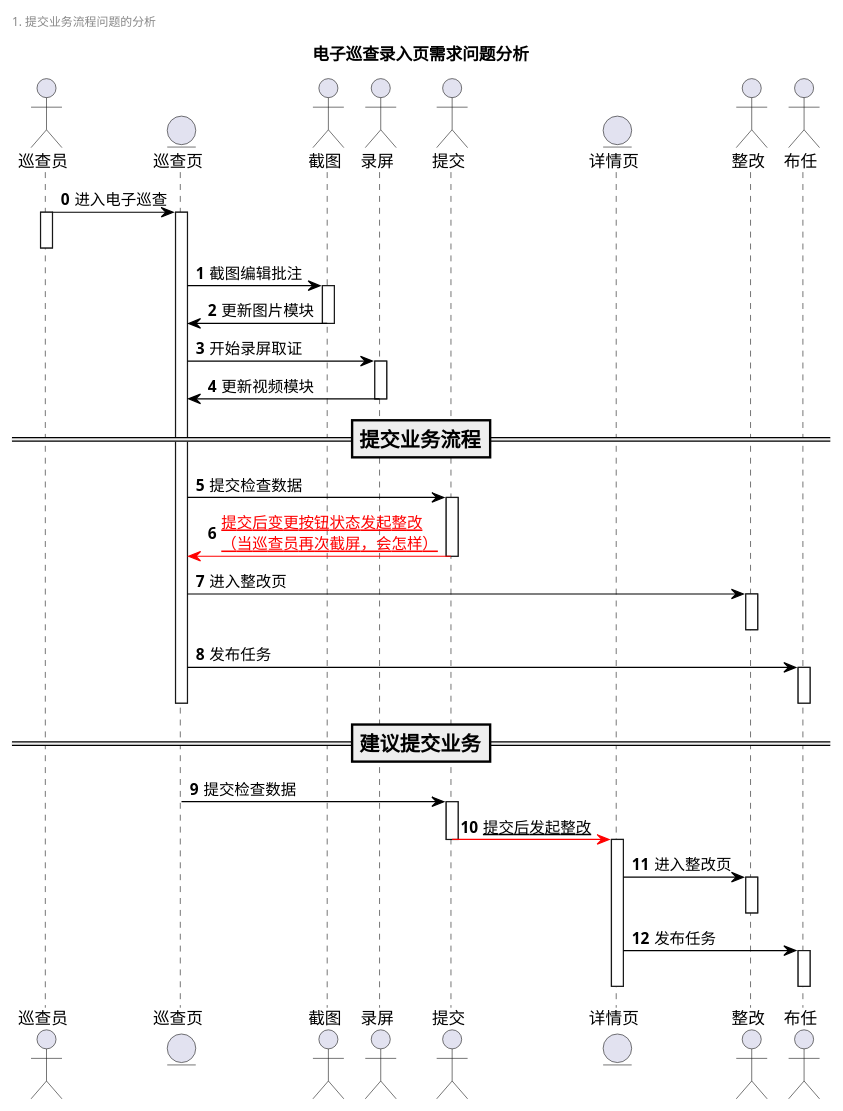
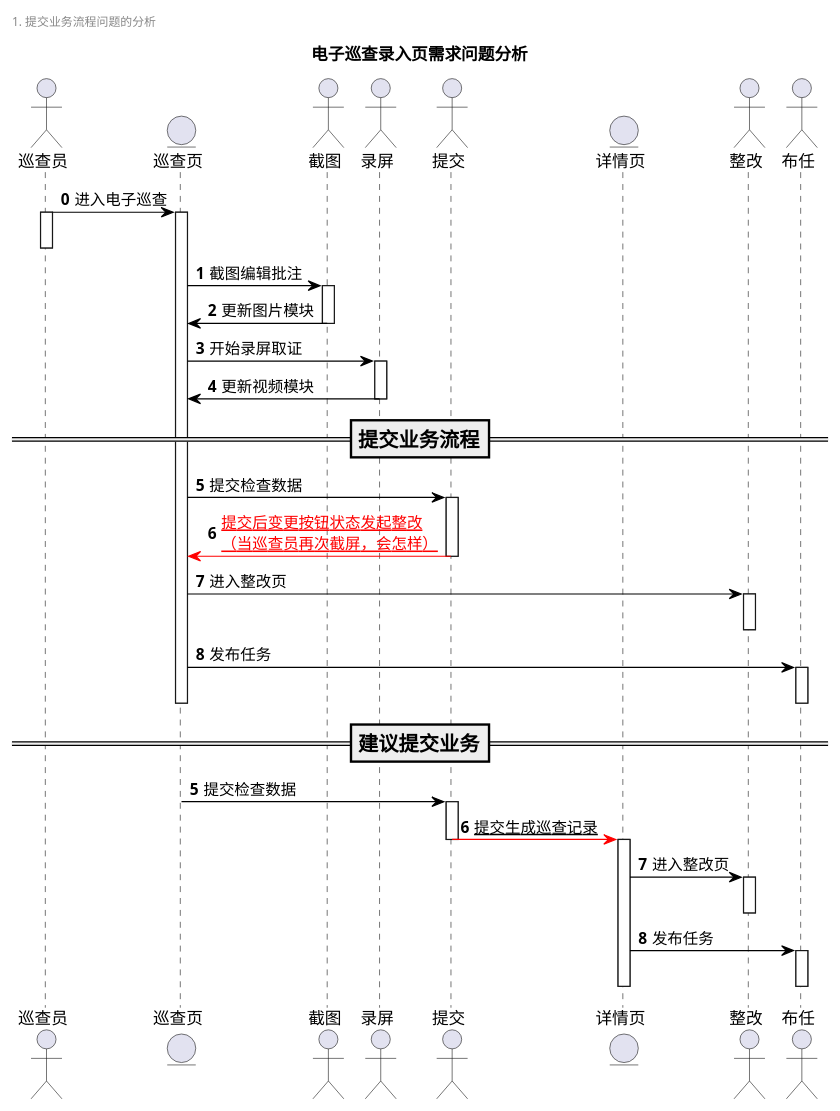
One commit to huos3203/blog changed the third of 3 diagrams in source/_drafts/定制开源的CLImageEditor图片编辑工具.md. Above: the diagram before and after it, drawn with PlantUML. The commit also changed other lines of this file, not shown here.

Commit message:
完善图片编辑器类图

````diff
--- a/source/_drafts/定制开源的CLImageEditor图片编辑工具.md
+++ b/source/_drafts/定制开源的CLImageEditor图片编辑工具.md
@@ -220,58 +306,59 @@
 ```puml
 title 电子巡查录入页需求问题分析
 left header
 1. 提交业务流程问题的分析
 endheader
 
 autonumber 0
 'actor,boundary,control,entity,database
 actor 巡查员  as man 
 entity 巡查页 as lr 
 actor 截图 as jt
 actor 录屏 as lp
 actor 提交 as tj
 entity 详情页 as detail
 actor 整改 as zg
 actor 布任 as task
 man -[#black]> lr :进入电子巡查
 activate man
 deactivate man
 activate lr
 lr -[#black]>jt :截图编辑批注
 activate jt
 jt -[#black]>lr :更新图片模块
 deactivate jt
 lr -[#black]>lp :开始录屏取证
 activate lp
 lp -[#black]>lr :更新视频模块
 deactivate lp
 
 ===提交业务流程==
 lr -[#black]>tj :提交检查数据
 activate tj 
 tj -[#red]>lr :<font color=red>__提交后变更按钮状态发起整改__</font>\n<font color=red>__（当巡查员再次截屏，会怎样）__</font>
 deactivate tj
 
 lr -[#black]> zg:进入整改页
 activate zg
 deactivate zg
 lr -[#black]> task:发布任务
 activate task 
 deactivate 
 deactivate lr
 
 ===建议提交业务==
+autonumber 5
 lr -[#black]>tj :提交检查数据
 activate tj 
-tj -[#red]>detail :__提交后发起整改__
+tj -[#red]>detail :__提交生成巡查记录__
 deactivate tj
 activate detail
 detail -[#black]> zg:进入整改页
 activate zg
 deactivate zg
 detail -[#black]> task:发布任务
 activate task 
 deactivate 
 deactivate detail
 
 ```
````
